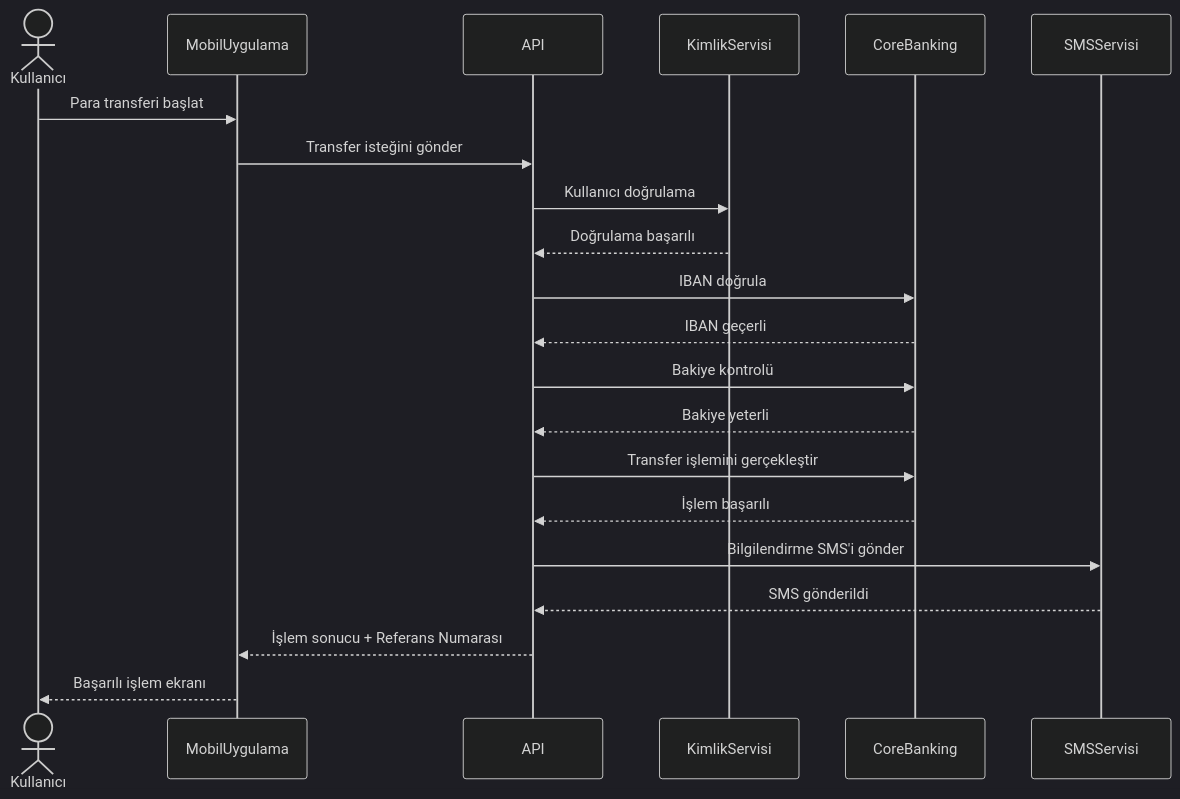
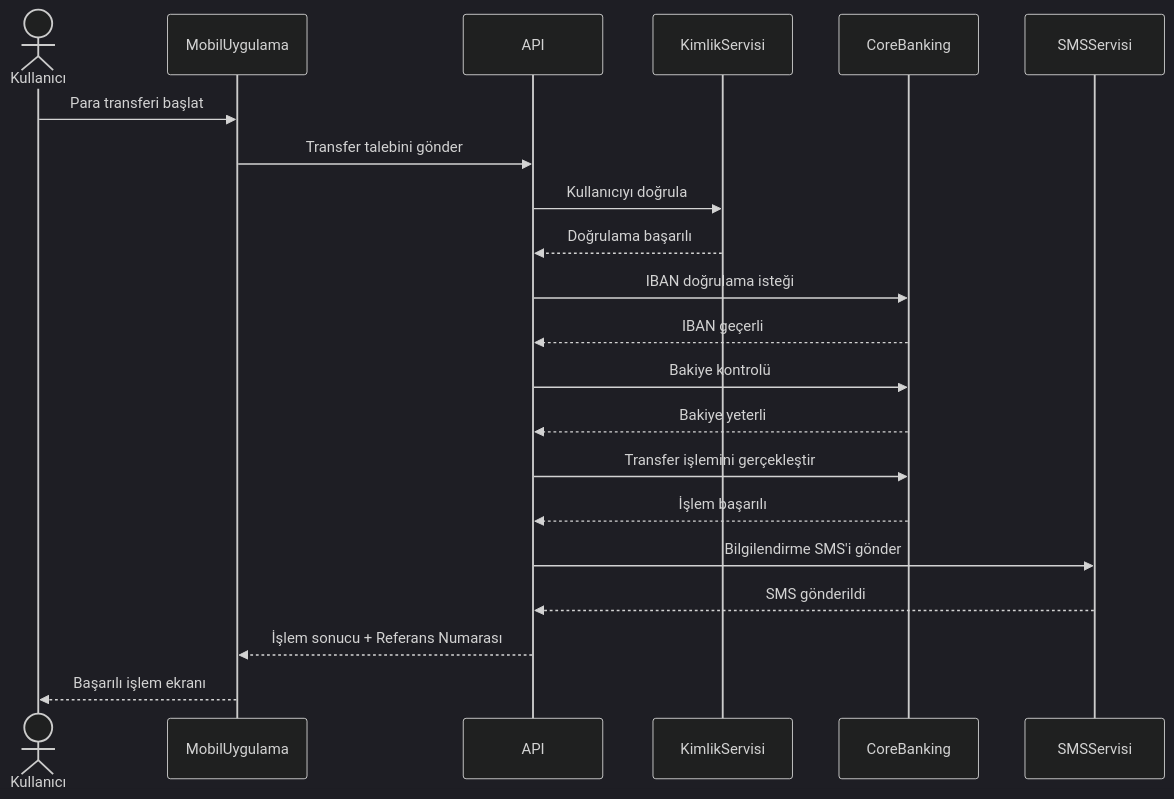
Before and after one commit to sudenurbakir/Digital-Banking-Business-Analysis-Portfolio: the diagram in diagrams/sequence-diagram-iban-transferi.md, drawn with Mermaid (dark theme). The commit also changed other lines of this file, not shown here.

Commit message:
sequence diagram iban

````diff
--- a/diagrams/sequence-diagram-iban-transferi.md
+++ b/diagrams/sequence-diagram-iban-transferi.md
@@ -9,39 +29,33 @@
 ```mermaid
 sequenceDiagram
 
 actor Kullanıcı
 
 participant MobilUygulama
 participant API
 participant KimlikServisi
 participant CoreBanking
 participant SMSServisi
 
 Kullanıcı->>MobilUygulama: Para transferi başlat
 
-MobilUygulama->>API: Transfer isteğini gönder
+MobilUygulama->>API: Transfer talebini gönder
 
-API->>KimlikServisi: Kullanıcı doğrulama
-
+API->>KimlikServisi: Kullanıcıyı doğrula
 KimlikServisi-->>API: Doğrulama başarılı
 
-API->>CoreBanking: IBAN doğrula
-
+API->>CoreBanking: IBAN doğrulama isteği
 CoreBanking-->>API: IBAN geçerli
 
 API->>CoreBanking: Bakiye kontrolü
-
 CoreBanking-->>API: Bakiye yeterli
 
 API->>CoreBanking: Transfer işlemini gerçekleştir
-
 CoreBanking-->>API: İşlem başarılı
 
 API->>SMSServisi: Bilgilendirme SMS'i gönder
-
 SMSServisi-->>API: SMS gönderildi
 
 API-->>MobilUygulama: İşlem sonucu + Referans Numarası
-
 MobilUygulama-->>Kullanıcı: Başarılı işlem ekranı
 ```
````
